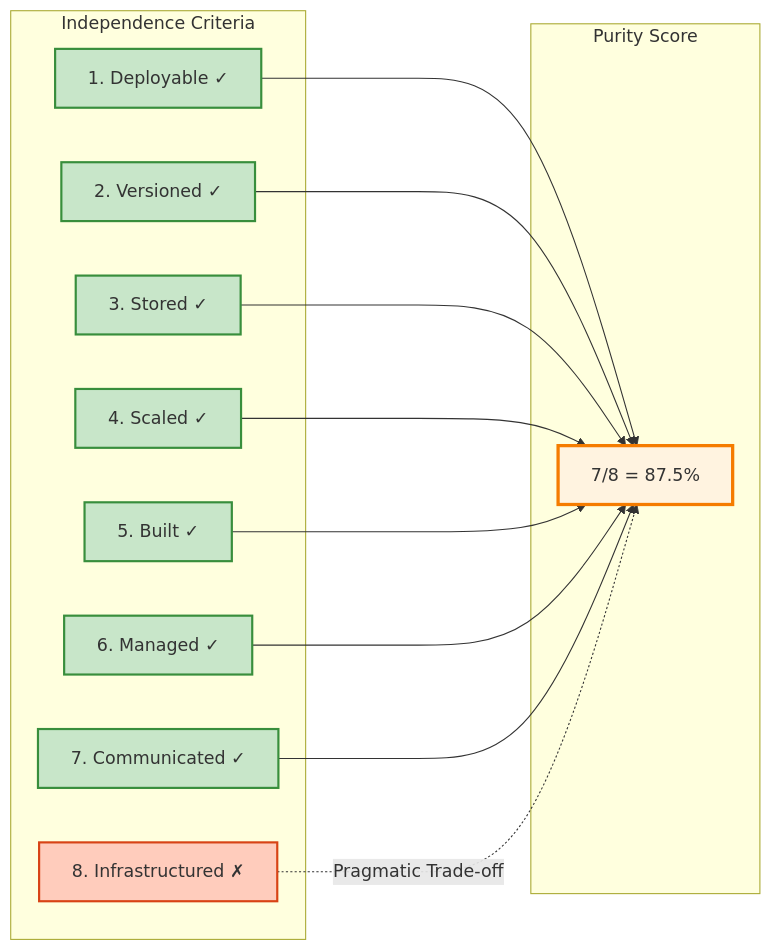
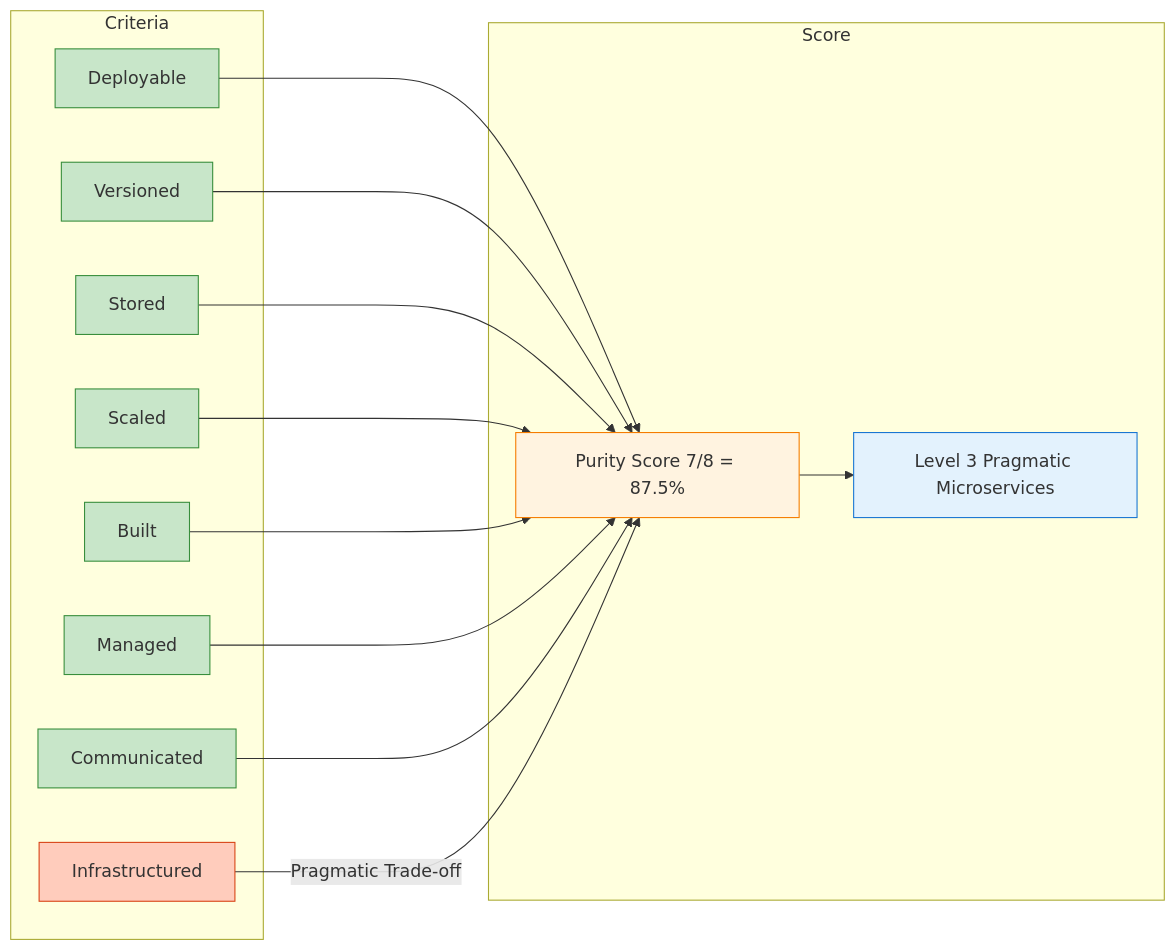
The third of 4 diagrams in gcp-blog/01-pure-microservices-architecture.md (josejalvarezm/cv-ai-agent), drawn with Mermaid before and after one commit. The commit also changed other lines of this file and 1 other file, not shown here.

````diff
--- a/gcp-blog/01-pure-microservices-architecture.md
+++ b/gcp-blog/01-pure-microservices-architecture.md
@@ -402,36 +446,40 @@
 ```mermaid
 graph LR
-    subgraph Criteria["Independence Criteria"]
-        D["1. Deployable ✓"]
-        V["2. Versioned ✓"]
-        S["3. Stored ✓"]
-        SC["4. Scaled ✓"]
-        B["5. Built ✓"]
-        M["6. Managed ✓"]
-        C["7. Communicated ✓"]
-        I["8. Infrastructured ✗"]
-    end
-    
-    subgraph Score["Purity Score"]
-        CALC["7/8 = 87.5%"]
-    end
-    
-    D --> CALC
-    V --> CALC
-    S --> CALC
-    SC --> CALC
-    B --> CALC
-    M --> CALC
-    C --> CALC
-    I -.->|Pragmatic Trade-off| CALC
-    
-    style D fill:#c8e6c9,stroke:#388e3c,stroke-width:2px
-    style V fill:#c8e6c9,stroke:#388e3c,stroke-width:2px
-    style S fill:#c8e6c9,stroke:#388e3c,stroke-width:2px
-    style SC fill:#c8e6c9,stroke:#388e3c,stroke-width:2px
-    style B fill:#c8e6c9,stroke:#388e3c,stroke-width:2px
-    style M fill:#c8e6c9,stroke:#388e3c,stroke-width:2px
-    style C fill:#c8e6c9,stroke:#388e3c,stroke-width:2px
-    style I fill:#ffccbc,stroke:#d84315,stroke-width:2px
-    style CALC fill:#fff3e0,stroke:#f57c00,stroke-width:3px
+  subgraph Criteria
+      D[Deployable]
+      V[Versioned]
+      S[Stored]
+      SC[Scaled]
+      BLD[Built]
+      M[Managed]
+      C[Communicated]
+      I[Infrastructured]
+  end
+
+  D --> CALC
+  V --> CALC
+  S --> CALC
+  SC --> CALC
+  BLD --> CALC
+  M --> CALC
+  C --> CALC
+
+  subgraph Score
+    CALC[Purity Score 7/8 = 87.5%]
+    MATURITY[Level 3 Pragmatic Microservices]
+  end
+
+  I -->|Pragmatic Trade-off| CALC
+  CALC --> MATURITY
+
+  style D fill:#c8e6c9,stroke:#388e3c
+  style V fill:#c8e6c9,stroke:#388e3c
+  style S fill:#c8e6c9,stroke:#388e3c
+  style SC fill:#c8e6c9,stroke:#388e3c
+  style BLD fill:#c8e6c9,stroke:#388e3c
+  style M fill:#c8e6c9,stroke:#388e3c
+  style C fill:#c8e6c9,stroke:#388e3c
+  style I fill:#ffccbc,stroke:#d84315
+  style CALC fill:#fff3e0,stroke:#f57c00
+  style MATURITY fill:#e3f2fd,stroke:#1976d2
 ```
````
